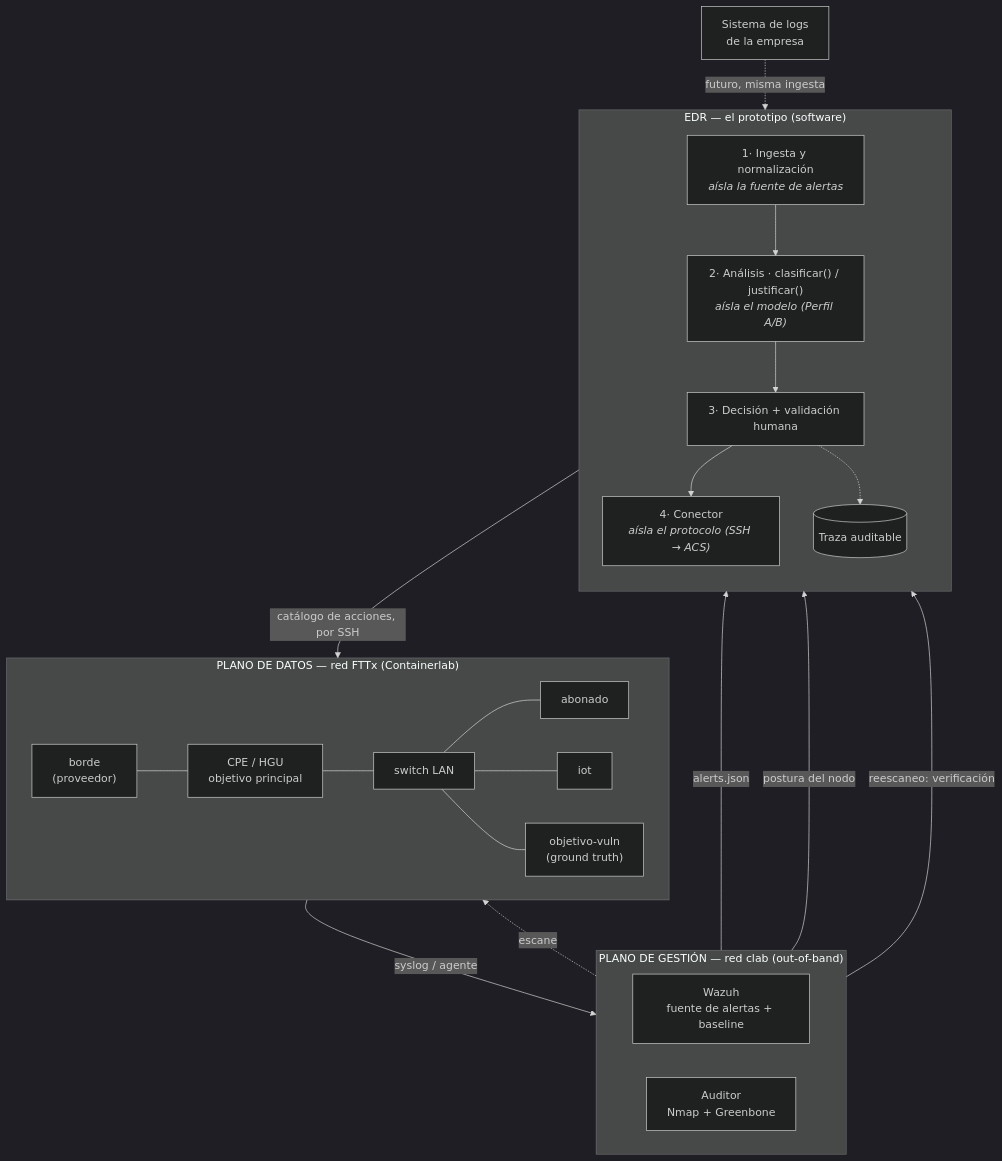
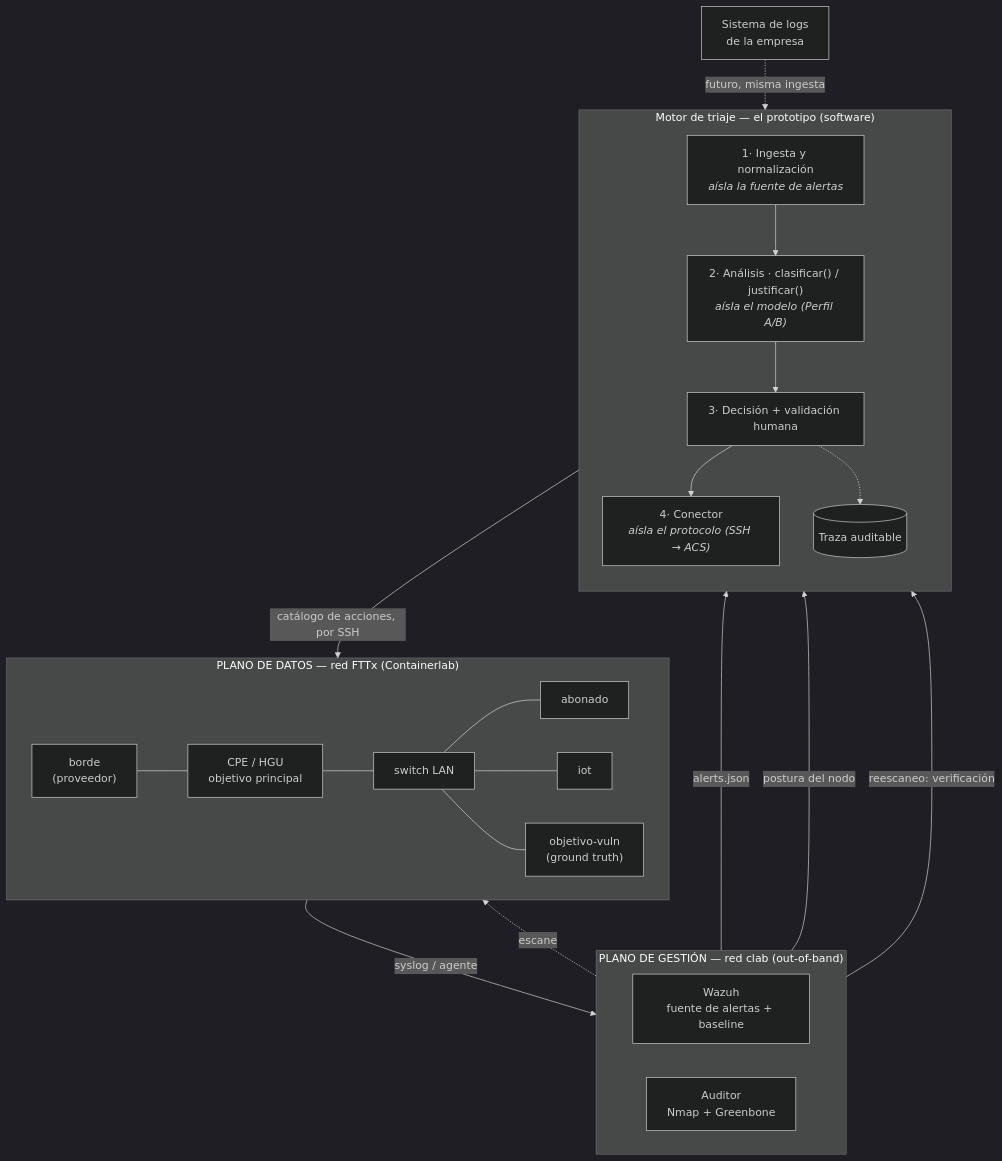
Before and after one commit to vBlanyer/domotai-pasantia: the diagram in documentacion/04-fase4-diseno-de-arquitectura/arquitectura-consolidada.md, drawn with Mermaid (dark theme). The commit also changed other lines of this file and 11 other files, not shown here.

````diff
--- a/documentacion/04-fase4-diseno-de-arquitectura/arquitectura-consolidada.md
+++ b/documentacion/04-fase4-diseno-de-arquitectura/arquitectura-consolidada.md
@@ -11,37 +11,37 @@
 ```mermaid
 flowchart TB
     subgraph datos["PLANO DE DATOS — red FTTx (Containerlab)"]
         direction LR
         BORDE["borde<br/>(proveedor)"] --- CPE["CPE / HGU<br/>objetivo principal"]
         CPE --- SW["switch LAN"]
         SW --- PC["abonado"]
         SW --- IOT["iot"]
         SW --- VULN["objetivo-vuln<br/>(ground truth)"]
     end
 
     subgraph gestion["PLANO DE GESTIÓN — red clab (out-of-band)"]
         direction LR
         WZ["Wazuh<br/>fuente de alertas + baseline"]
         AUD["Auditor<br/>Nmap + Greenbone"]
     end
 
-    subgraph edr["EDR — el prototipo (software)"]
+    subgraph edr["Motor de triaje — el prototipo (software)"]
         direction TB
         ING["1· Ingesta y normalización<br/><i>aísla la fuente de alertas</i>"]
         ANA["2· Análisis · clasificar() / justificar()<br/><i>aísla el modelo (Perfil A/B)</i>"]
         DEC["3· Decisión + validación humana"]
         CON["4· Conector<br/><i>aísla el protocolo (SSH → ACS)</i>"]
         TRZ[("Traza auditable")]
         ING --> ANA --> DEC --> CON
         DEC -.-> TRZ
     end
 
     datos -->|syslog / agente| WZ
     AUD -.escaneo.-> datos
     WZ -->|alerts.json| ING
     AUD -->|postura del nodo| ANA
     CON -->|catálogo de acciones, por SSH| datos
     AUD -->|reescaneo: verificación| CON
 
     EMP["Sistema de logs<br/>de la empresa"] -.futuro, misma ingesta.-> ING
 ```
````
